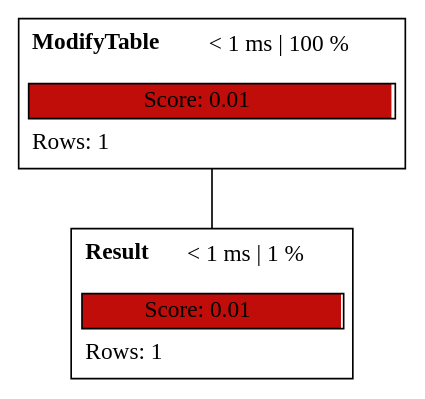
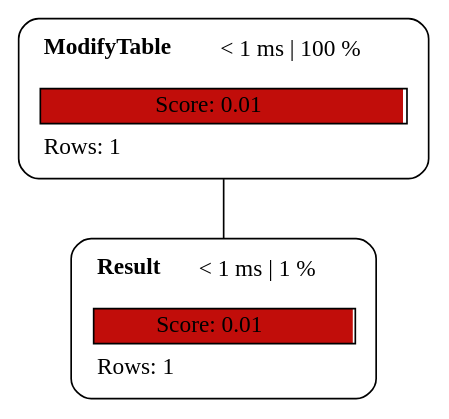
The diagram in examples/plan_trigger.dot (sanpii/explain), drawn with Graphviz before and after one commit. The commit also changed 17 other files, not shown here.

```diff
--- a/examples/plan_trigger.dot
+++ b/examples/plan_trigger.dot
@@ -1,15 +1,5 @@
 graph explain {
-    node0[label=<<table cellborder="0" cellspacing="5">
-    <tr><td align="left"><b>ModifyTable</b></td><td>&lt; 1 ms | 100 %</td></tr>
-    <tr><td colspan="2" align="left"></td></tr>
-    <tr><td colspan="2" border="1" bgcolor="#c10d0a;0.99:white">Score: 0.01</td></tr>
-    <tr><td colspan="2" align="left">Rows: 1</td></tr>
-</table>>][style="rounded"][shape="plain"];
-    node1[label=<<table cellborder="0" cellspacing="5">
-    <tr><td align="left"><b>Result</b></td><td>&lt; 1 ms | 1 %</td></tr>
-    <tr><td colspan="2" align="left"></td></tr>
-    <tr><td colspan="2" border="1" bgcolor="#c10d0a;0.99:white">Score: 0.01</td></tr>
-    <tr><td colspan="2" align="left">Rows: 1</td></tr>
-</table>>][style="rounded"][shape="plain"];
+    node0[label=<<table border="0" cellborder="0" cellspacing="5"><tr><td align="left"><b>ModifyTable</b></td><td>&lt; 1 ms | 100 %</td></tr><tr><td colspan="2" align="left"></td></tr><tr><td colspan="2" border="1" bgcolor="#c10d0a;0.99:white">Score: 0.01</td></tr><tr><td colspan="2" align="left">Rows: 1</td></tr></table>>][style="rounded"][shape="box"];
+    node1[label=<<table border="0" cellborder="0" cellspacing="5"><tr><td align="left"><b>Result</b></td><td>&lt; 1 ms | 1 %</td></tr><tr><td colspan="2" align="left"></td></tr><tr><td colspan="2" border="1" bgcolor="#c10d0a;0.99:white">Score: 0.01</td></tr><tr><td colspan="2" align="left">Rows: 1</td></tr></table>>][style="rounded"][shape="box"];
     node0 -- node1[label=""];
 }
```
